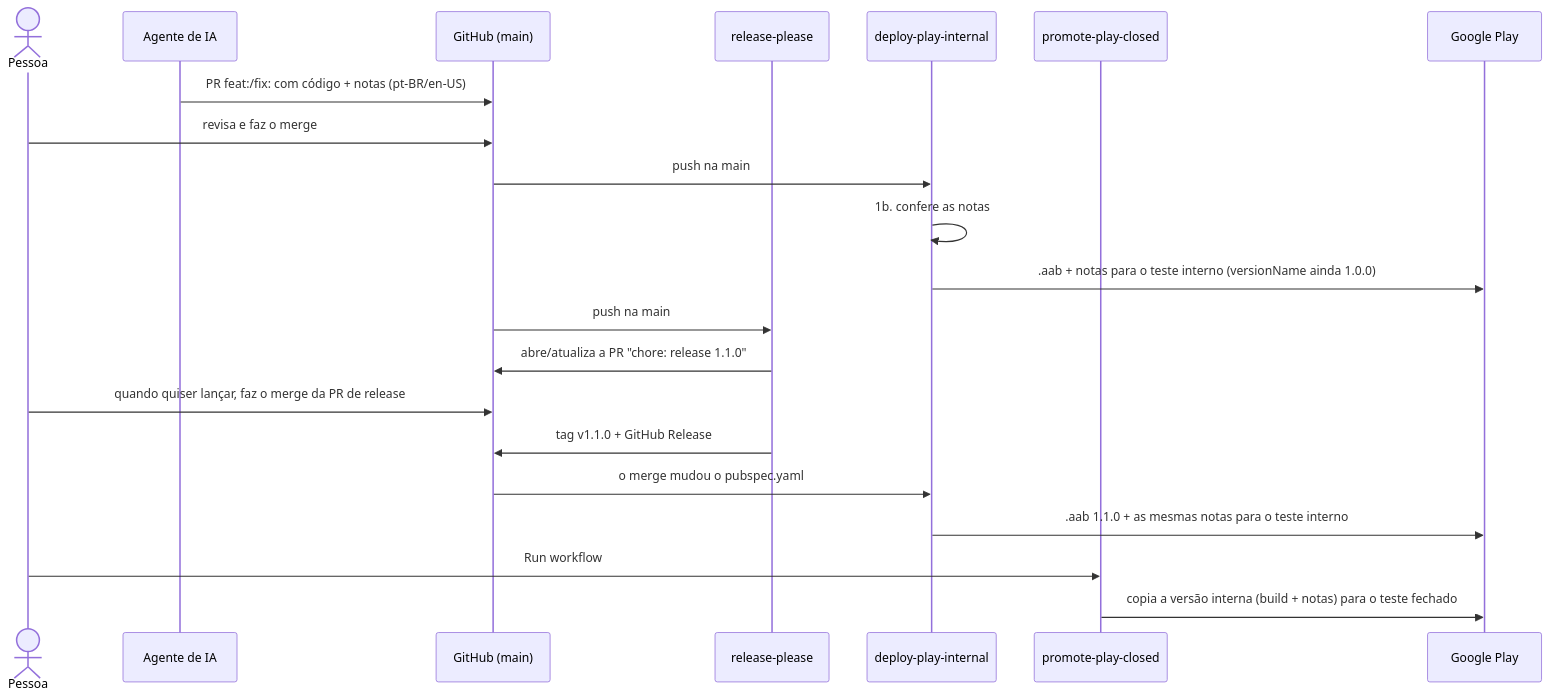
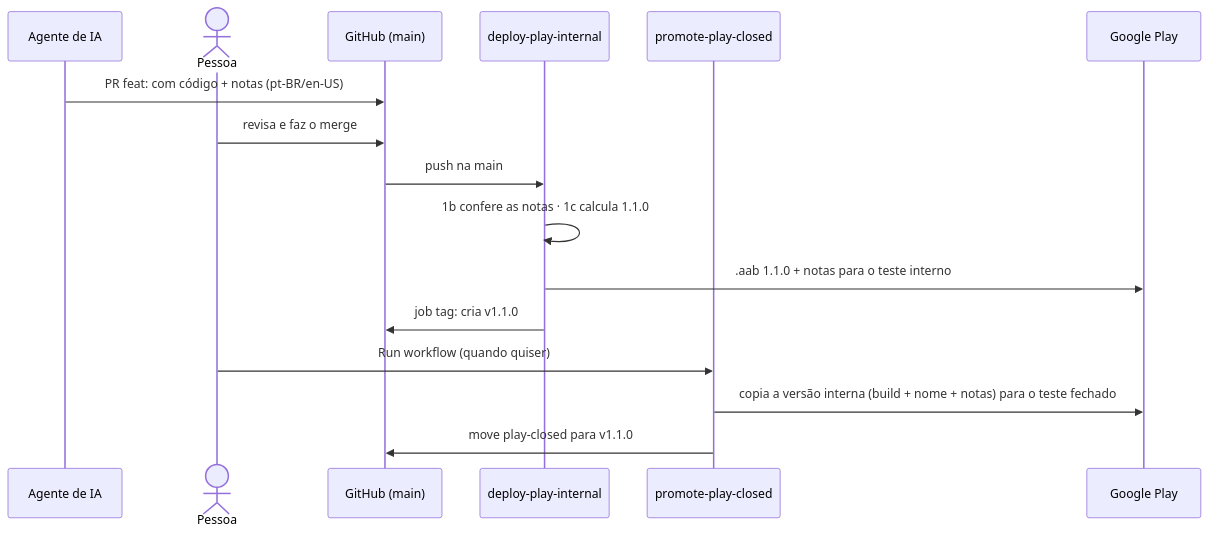
One commit to monamienet/monamie-app changed the diagram in docs/pt-br/entendendo-o-ci.md. Above: the diagram before and after it, drawn with Mermaid. The commit also changed other lines of this file and 11 other files, not shown here.

First line of the commit message:
build: compute the versionName in the deploy instead of a release PR

````diff
--- a/docs/pt-br/entendendo-o-ci.md
+++ b/docs/pt-br/entendendo-o-ci.md
@@ -294,24 +303,19 @@
 ```mermaid
 sequenceDiagram
+    participant IA as Agente de IA
     actor Dev as Pessoa
-    participant IA as Agente de IA
     participant GH as GitHub (main)
-    participant RP as release-please
     participant Dep as deploy-play-internal
     participant Pro as promote-play-closed
     participant Play as Google Play
 
-    IA->>GH: PR feat:/fix: com código + notas (pt-BR/en-US)
+    IA->>GH: PR feat: com código + notas (pt-BR/en-US)
     Dev->>GH: revisa e faz o merge
     GH->>Dep: push na main
-    Dep->>Dep: 1b. confere as notas
-    Dep->>Play: .aab + notas para o teste interno (versionName ainda 1.0.0)
-    GH->>RP: push na main
-    RP->>GH: abre/atualiza a PR "chore: release 1.1.0"
-    Dev->>GH: quando quiser lançar, faz o merge da PR de release
-    RP->>GH: tag v1.1.0 + GitHub Release
-    GH->>Dep: o merge mudou o pubspec.yaml
-    Dep->>Play: .aab 1.1.0 + as mesmas notas para o teste interno
-    Dev->>Pro: Run workflow
-    Pro->>Play: copia a versão interna (build + notas) para o teste fechado
+    Dep->>Dep: 1b confere as notas · 1c calcula 1.1.0
+    Dep->>Play: .aab 1.1.0 + notas para o teste interno
+    Dep->>GH: job tag: cria v1.1.0
+    Dev->>Pro: Run workflow (quando quiser)
+    Pro->>Play: copia a versão interna (build + nome + notas) para o teste fechado
+    Pro->>GH: move play-closed para v1.1.0
 ```
````
